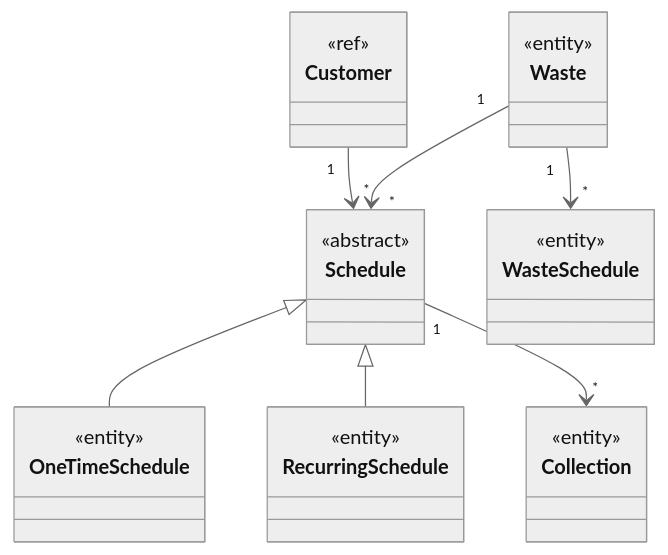
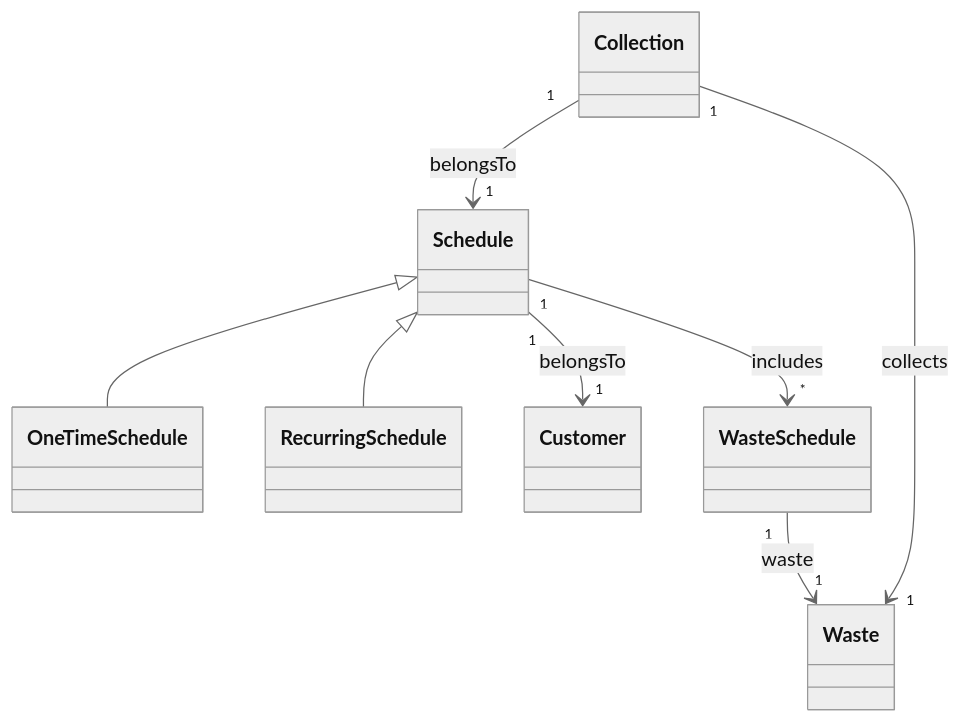
Before and after one commit to Alex-Cambrini/pss24-25-WasteMaster-Cambrini-Ferrari-Ragazzini: the second of 3 diagrams in report.md, drawn with Mermaid (neutral theme). The commit also changed other lines of this file, not shown here.

````diff
--- a/report.md
+++ b/report.md
@@ -108,31 +133,18 @@
 ```mermaid
 classDiagram
-class Schedule {
-  <<abstract>>
-}
-class OneTimeSchedule {
-  <<entity>>
-}
-class RecurringSchedule {
-  <<entity>>
-}
-class Waste {
-  <<entity>>
-}
-class WasteSchedule {
-  <<entity>>
-}
-class Collection {
-  <<entity>>
-}
-class Customer {
-  <<ref>>
-}
+    class Schedule
+    class OneTimeSchedule
+    class RecurringSchedule
+    class Waste
+    class WasteSchedule
+    class Collection
+    class Customer
 
-Schedule <|-- OneTimeSchedule
-Schedule <|-- RecurringSchedule
-Customer "1" --> "*" Schedule
-Waste "1" --> "*" Schedule
-Schedule "1" --> "*" Collection
-Waste "1" --> "*" WasteSchedule
+    Schedule <|-- OneTimeSchedule
+    Schedule <|-- RecurringSchedule
+    Schedule "1" --> "1" Customer : belongsTo
+    Schedule "1" --> "*" WasteSchedule : includes
+    Collection "1" --> "1" Schedule : belongsTo
+    Collection "1" --> "1" Waste : collects
+    WasteSchedule "1" --> "1" Waste : waste
 ```
````
